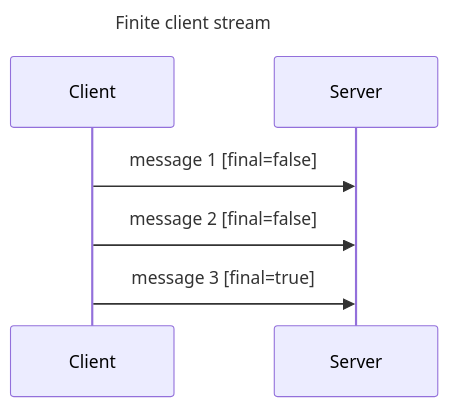
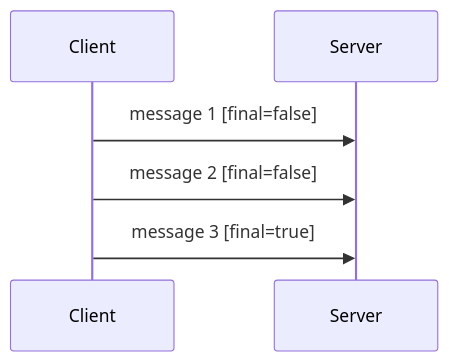
The third of 3 diagrams in docs/getting_started.md (tzijnge/LotusRpc), drawn with Mermaid before and after one commit. The commit also changed other lines of this file and 37 other files, not shown here.

````diff
--- a/docs/getting_started.md
+++ b/docs/getting_started.md
@@ -99,8 +228,6 @@
 ``` mermaid
 sequenceDiagram
-    title: Finite client stream
-
     Client ->> Server: message 1 [final=false]
     Client ->> Server: message 2 [final=false]
     Client ->> Server: message 3 [final=true]
 ```
````
